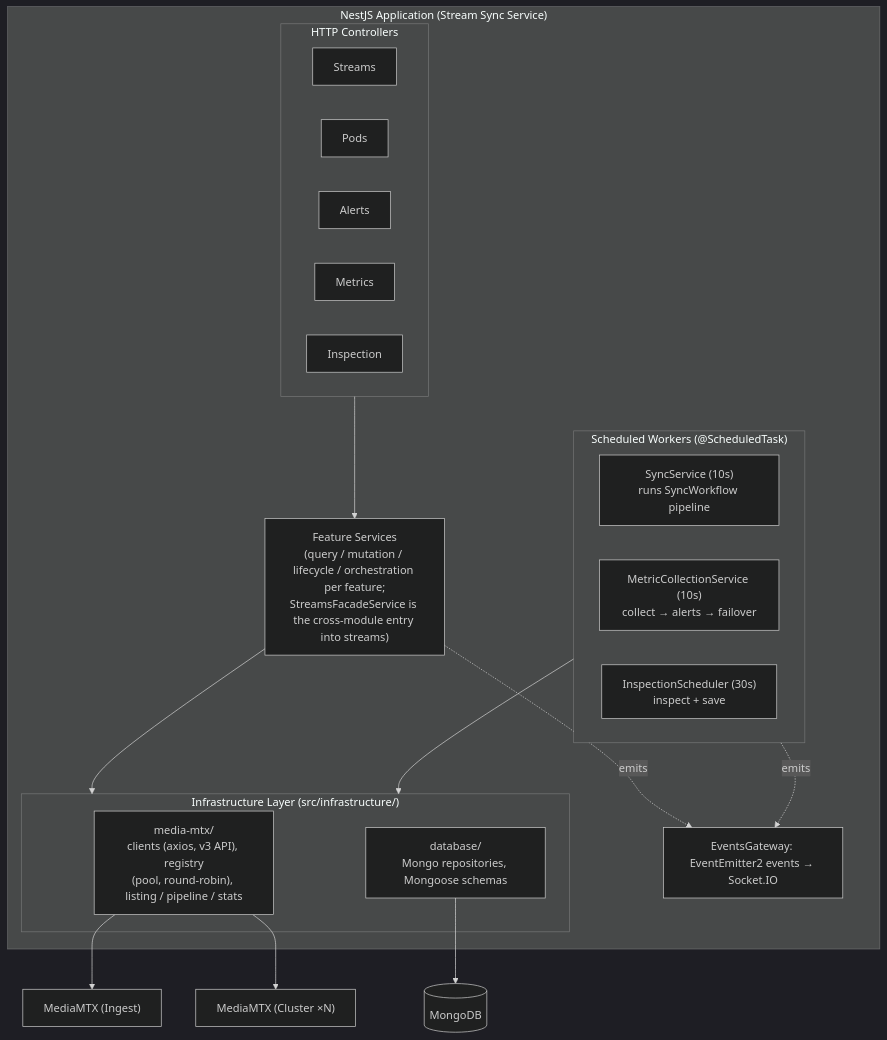
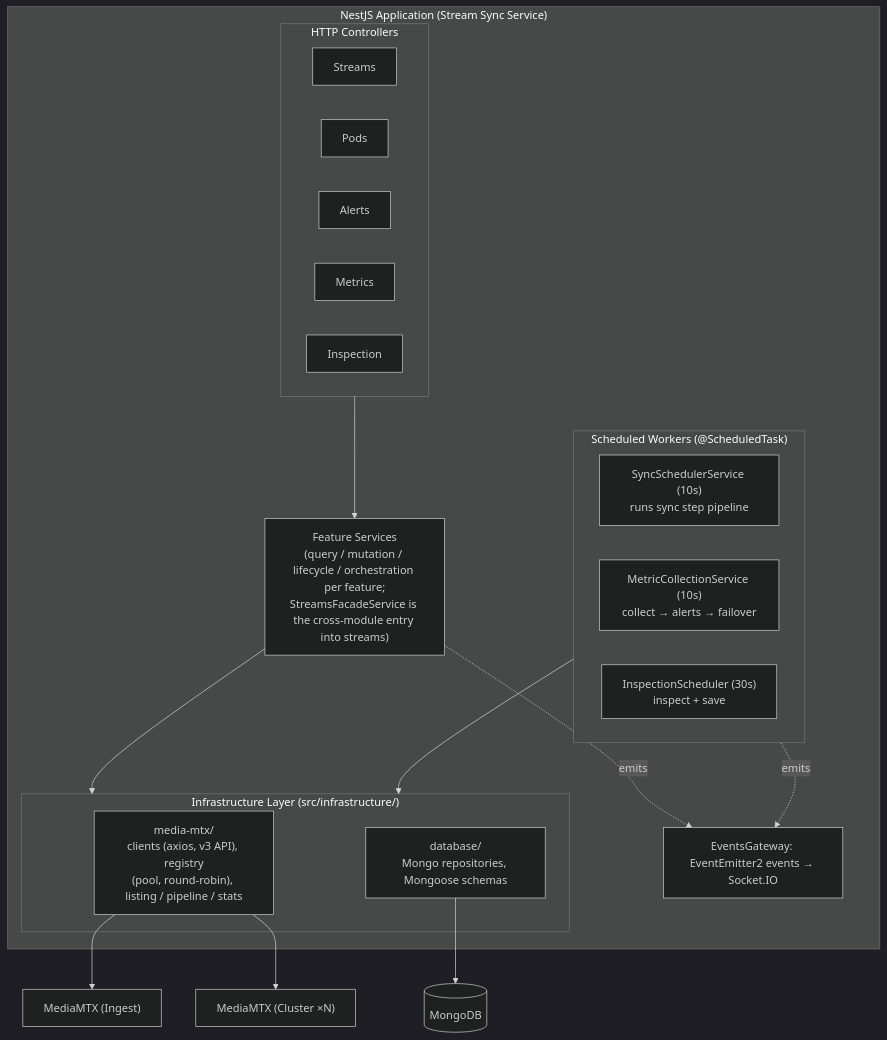
Before and after one commit to emanuel74-bit/media-sync: the first of 6 diagrams in backend/SYSTEM_DOCUMENTATION.md, drawn with Mermaid (dark theme). The commit also changed other lines of this file and 33 other files, not shown here.

````diff
--- a/backend/SYSTEM_DOCUMENTATION.md
+++ b/backend/SYSTEM_DOCUMENTATION.md
@@ -57,33 +57,33 @@
 ```mermaid
 flowchart TB
     subgraph app["NestJS Application (Stream Sync Service)"]
         subgraph controllers["HTTP Controllers"]
             StreamsC[Streams]
             PodsC[Pods]
             AlertsC[Alerts]
             MetricsC[Metrics]
             InspectionC[Inspection]
         end
         services["Feature Services<br/>(query / mutation / lifecycle / orchestration per feature;<br/>StreamsFacadeService is the cross-module entry into streams)"]
         subgraph workers["Scheduled Workers (@ScheduledTask)"]
-            SyncW["SyncService (10s)<br/>runs SyncWorkflow pipeline"]
+            SyncW["SyncSchedulerService (10s)<br/>runs sync step pipeline"]
             MetricsW["MetricCollectionService (10s)<br/>collect → alerts → failover"]
             InspectW["InspectionScheduler (30s)<br/>inspect + save"]
         end
         subgraph infra["Infrastructure Layer (src/infrastructure/)"]
             MediaMtx["media-mtx/<br/>clients (axios, v3 API), registry<br/>(pool, round-robin), listing / pipeline / stats"]
             Database["database/<br/>Mongo repositories, Mongoose schemas"]
         end
         Gateway["EventsGateway: EventEmitter2 events → Socket.IO"]
 
         controllers --> services
         services --> infra
         workers --> infra
         services -. emits .-> Gateway
         workers -. emits .-> Gateway
     end
 
     Database --> Mongo[(MongoDB)]
     MediaMtx --> Ingest["MediaMTX (Ingest)"]
     MediaMtx --> Cluster["MediaMTX (Cluster ×N)"]
 ```
````
